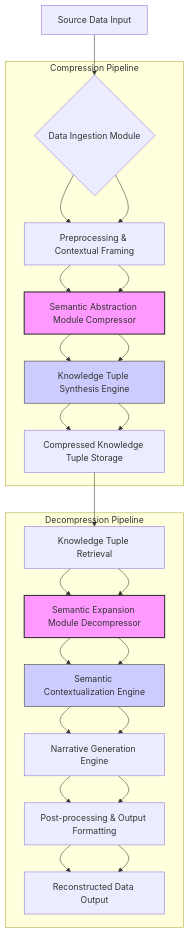
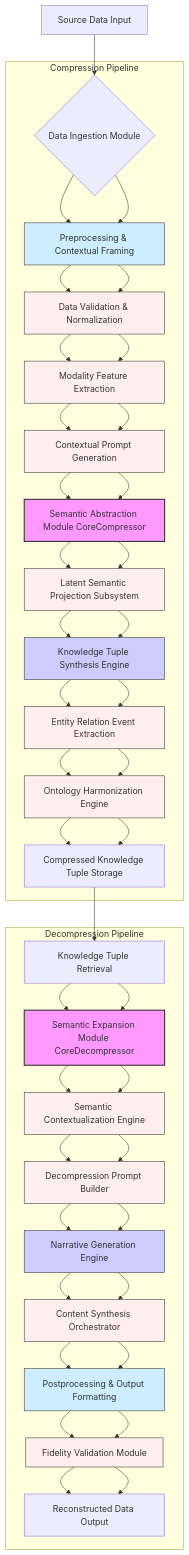
One commit to diplomat-bit/Citibank_Demo_Business_Inc_Demonstration- changed the diagram in inventions/027_semantic_data_compression.md. Above: the diagram before and after it, drawn with Mermaid. The commit also changed other lines of this file, not shown here.

Commit message:
[AI] Edit: inventions/027_semantic_data_compression.md

````diff
--- a/inventions/027_semantic_data_compression.md
+++ b/inventions/027_semantic_data_compression.md
@@ -24,34 +24,64 @@
 ```mermaid
 graph TD
     A[Source Data Input] --> B{Data Ingestion Module}
     B --> C[Preprocessing & Contextual Framing]
-    C --> D[Semantic Abstraction Module Compressor]
-    D --> E[Knowledge Tuple Synthesis Engine]
-    E --> F[Compressed Knowledge Tuple Storage]
+    C --> C1[Data Validation & Normalization]
+    C1 --> C2[Modality Feature Extraction]
+    C2 --> C3[Contextual Prompt Generation]
+    C3 --> D[Semantic Abstraction Module CoreCompressor]
+    D --> D1[Latent Semantic Projection Subsystem]
+    D1 --> E[Knowledge Tuple Synthesis Engine]
+    E --> E1[Entity Relation Event Extraction]
+    E1 --> E2[Ontology Harmonization Engine]
+    E2 --> F[Compressed Knowledge Tuple Storage]
     F --> G[Knowledge Tuple Retrieval]
-    G --> H[Semantic Expansion Module Decompressor]
-    H --> I[Semantic Contextualization Engine]
-    I --> J[Narrative Generation Engine]
-    J --> K[Post-processing & Output Formatting]
-    K --> L[Reconstructed Data Output]
+    G --> H[Semantic Expansion Module CoreDecompressor]
+    H --> H1[Semantic Contextualization Engine]
+    H1 --> H2[Decompression Prompt Builder]
+    H2 --> I[Narrative Generation Engine]
+    I --> I1[Content Synthesis Orchestrator]
+    I1 --> J[Postprocessing & Output Formatting]
+    J --> J1[Fidelity Validation Module]
+    J1 --> L[Reconstructed Data Output]
 
     subgraph Compression Pipeline
         B --> C
-        C --> D
-        D --> E
-        E --> F
+        C --> C1
+        C1 --> C2
+        C2 --> C3
+        C3 --> D
+        D --> D1
+        D1 --> E
+        E --> E1
+        E1 --> E2
+        E2 --> F
     end
 
     subgraph Decompression Pipeline
         G --> H
-        H --> I
-        I --> J
-        J --> K
-        K --> L
+        H --> H1
+        H1 --> H2
+        H2 --> I
+        I --> I1
+        I1 --> J
+        J --> J1
+        J1 --> L
     end
 
     style D fill:#f9f,stroke:#333,stroke-width:2px
     style H fill:#f9f,stroke:#333,stroke-width:2px
     style E fill:#ccf,stroke:#333,stroke-width:1px
     style I fill:#ccf,stroke:#333,stroke-width:1px
+    style C fill:#cef,stroke:#333,stroke-width:1px
+    style J fill:#cef,stroke:#333,stroke-width:1px
+    style D1 fill:#fee,stroke:#333,stroke-width:1px
+    style H1 fill:#fee,stroke:#333,stroke-width:1px
+    style H2 fill:#fee,stroke:#333,stroke-width:1px
+    style C1 fill:#fee,stroke:#333,stroke-width:1px
+    style C2 fill:#fee,stroke:#333,stroke-width:1px
+    style C3 fill:#fee,stroke:#333,stroke-width:1px
+    style E1 fill:#fee,stroke:#333,stroke-width:1px
+    style E2 fill:#fee,stroke:#333,stroke-width:1px
+    style I1 fill:#fee,stroke:#333,stroke-width:1px
+    style J1 fill:#fee,stroke:#333,stroke-width:1px
 ```
````
